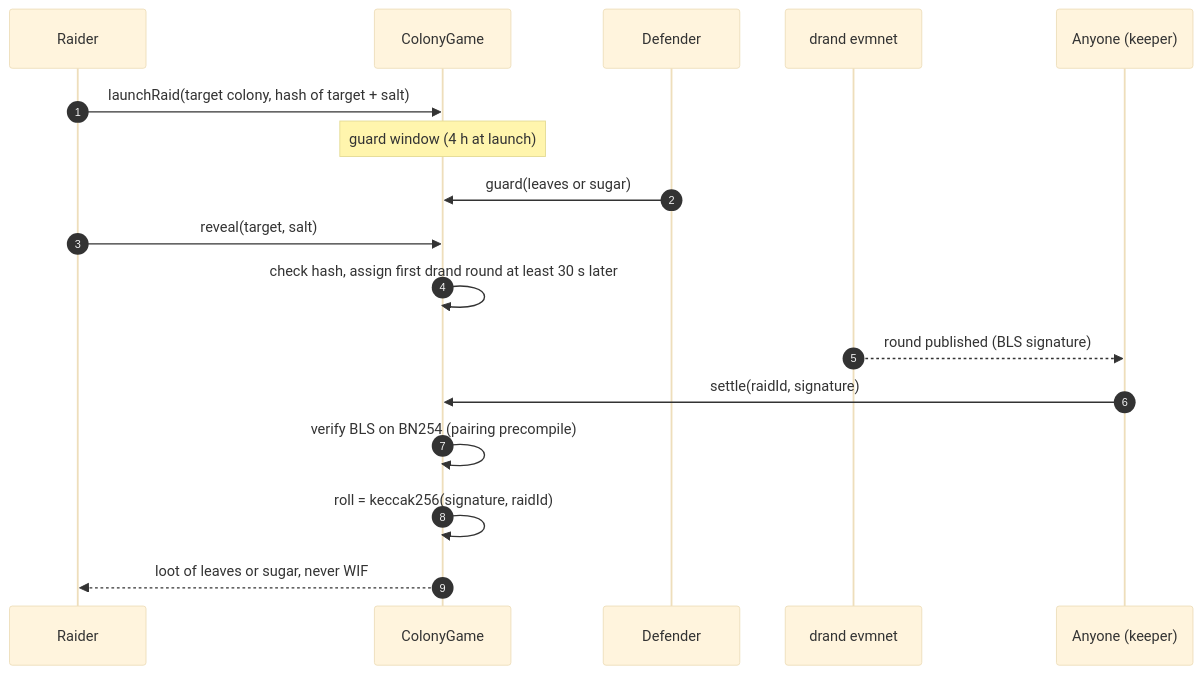
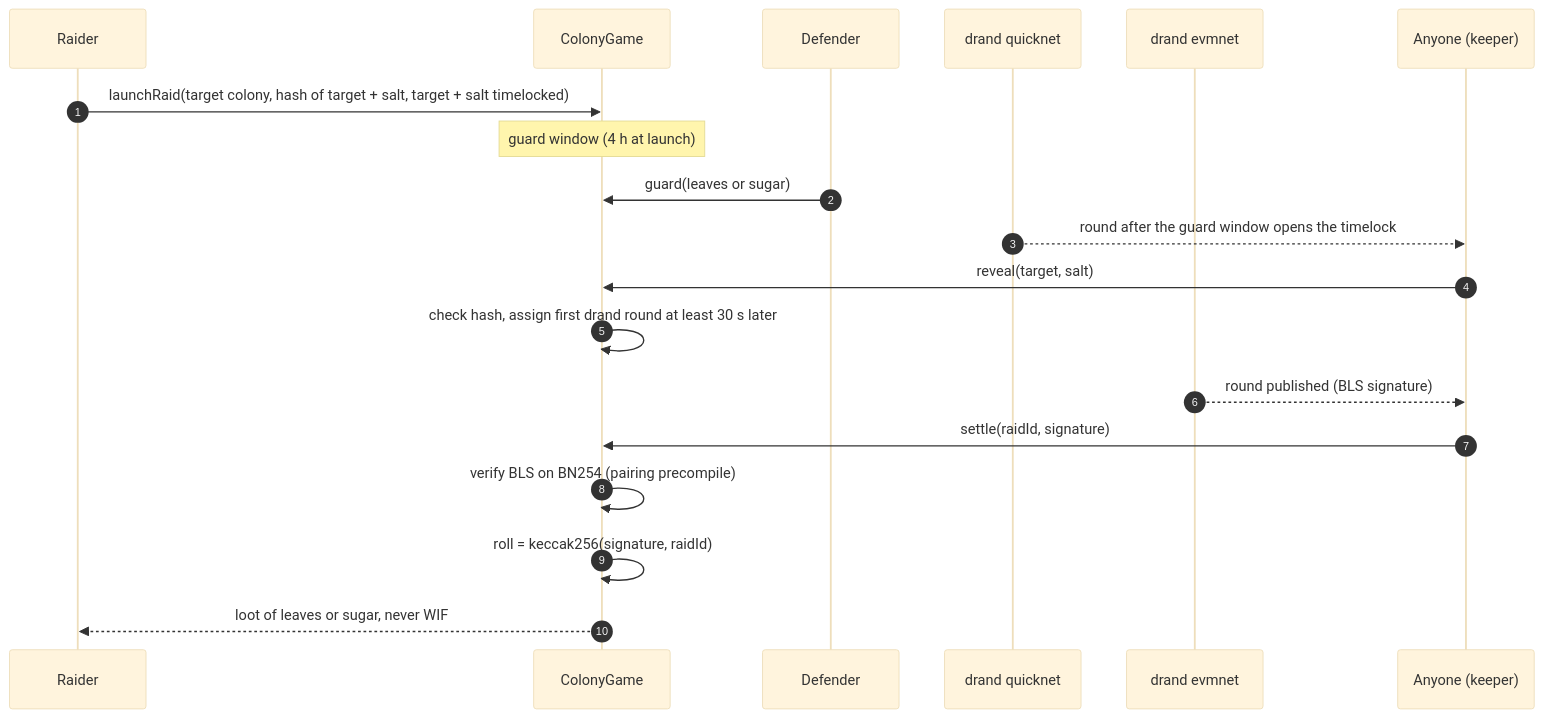
Before and after one commit to Samuel-Chuku/c0lony: the second of 3 diagrams in README.md, drawn with Mermaid (base theme). The commit also changed other lines of this file and 33 other files, not shown here.

First line of the commit message:
feat: raids reveal themselves (drand timelock)

````diff
--- a/README.md
+++ b/README.md
@@ -80,19 +80,21 @@
 ```mermaid
 sequenceDiagram
   autonumber
   participant R as Raider
   participant C as ColonyGame
   participant D as Defender
+  participant Q as drand quicknet
   participant Dr as drand evmnet
   participant K as Anyone (keeper)
-  R->>C: launchRaid(target colony, hash of target + salt)
+  R->>C: launchRaid(target colony, hash of target + salt, target + salt timelocked)
   Note over C: guard window (4 h at launch)
   D->>C: guard(leaves or sugar)
-  R->>C: reveal(target, salt)
+  Q-->>K: round after the guard window opens the timelock
+  K->>C: reveal(target, salt)
   C->>C: check hash, assign first drand round at least 30 s later
   Dr-->>K: round published (BLS signature)
   K->>C: settle(raidId, signature)
   C->>C: verify BLS on BN254 (pairing precompile)
   C->>C: roll = keccak256(signature, raidId)
   C-->>R: loot of leaves or sugar, never WIF
 ```
````
